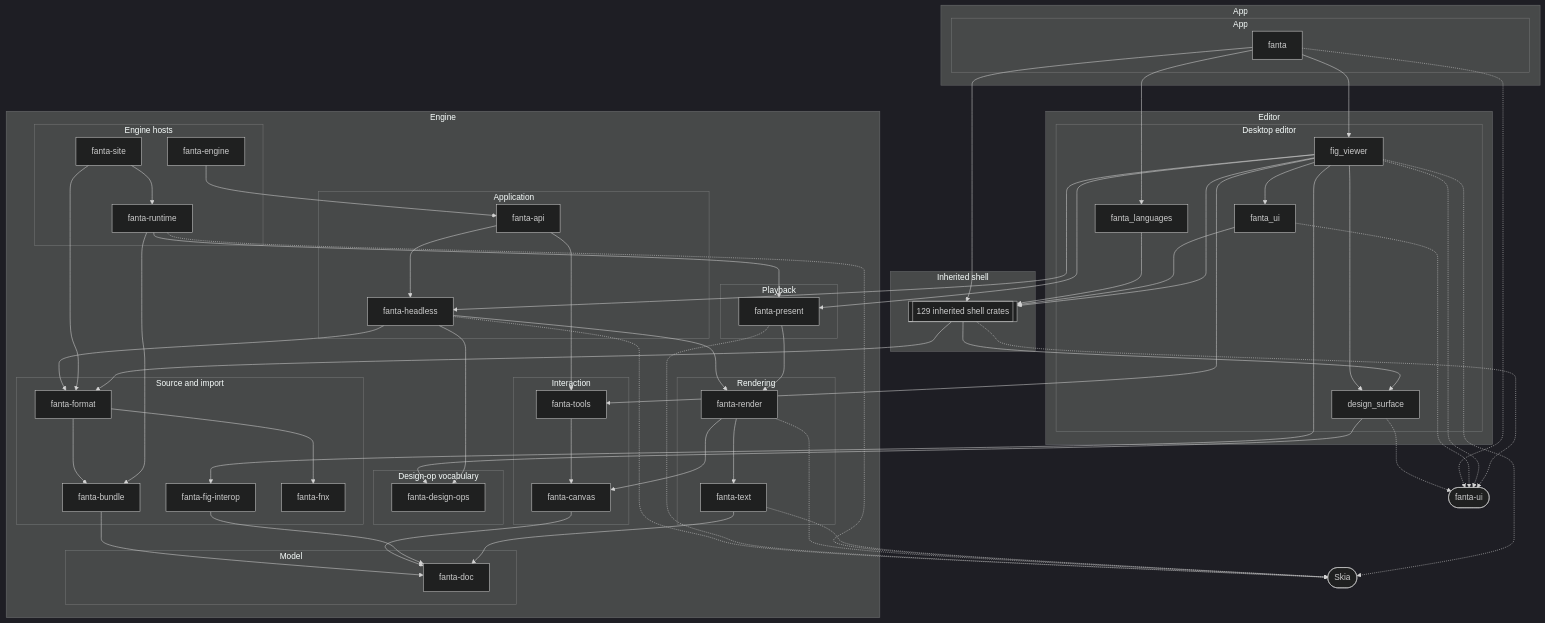
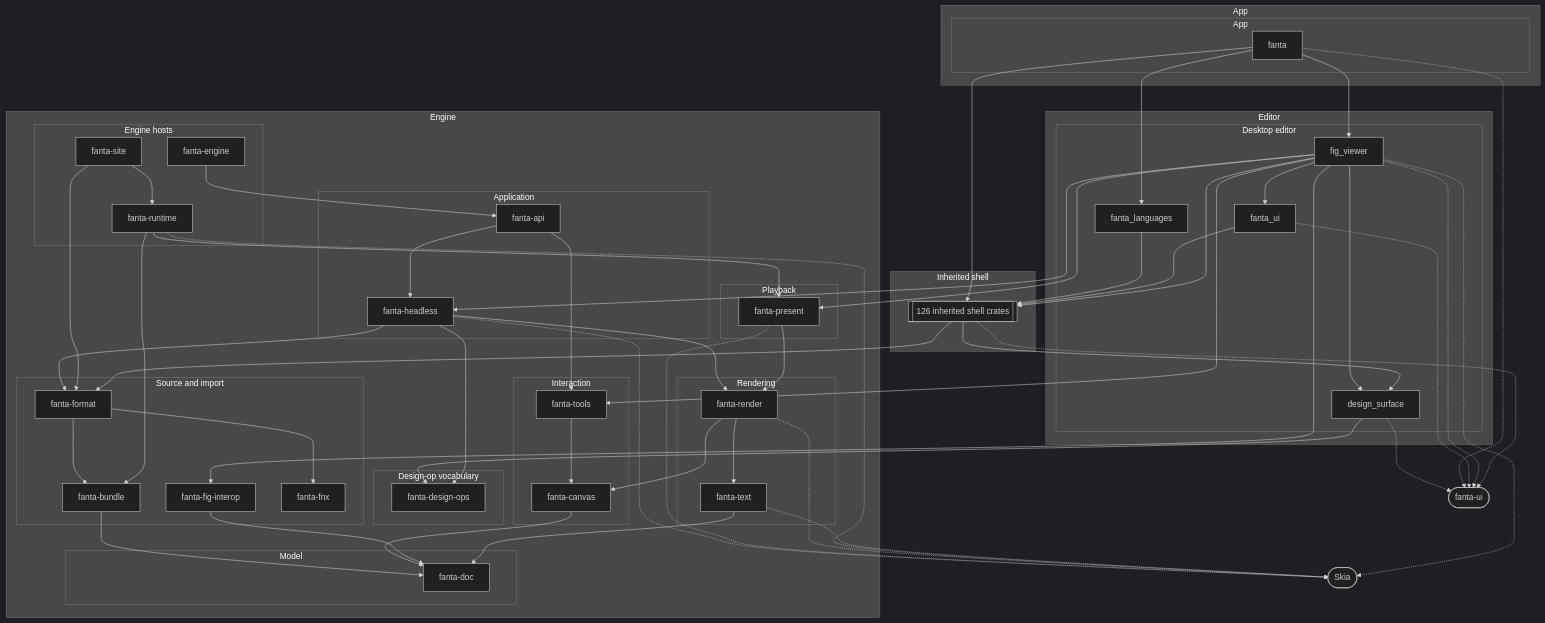
The second of 2 diagrams in docs/architecture/crate-map.md (jeanc18rlos/fanta-edit), drawn with Mermaid (dark theme) before and after one commit. The commit also changed other lines of this file and 414 other files, not shown here.

```diff
--- a/docs/architecture/crate-map.md
+++ b/docs/architecture/crate-map.md
@@ -116,7 +116,7 @@
     end
   end
   subgraph group_shell["Inherited shell"]
-    rest_crates[["129 inherited shell crates"]]
+    rest_crates[["126 inherited shell crates"]]
   end
   external_skia(["Skia"])
   external_fanta_ui(["fanta-ui"])
```
